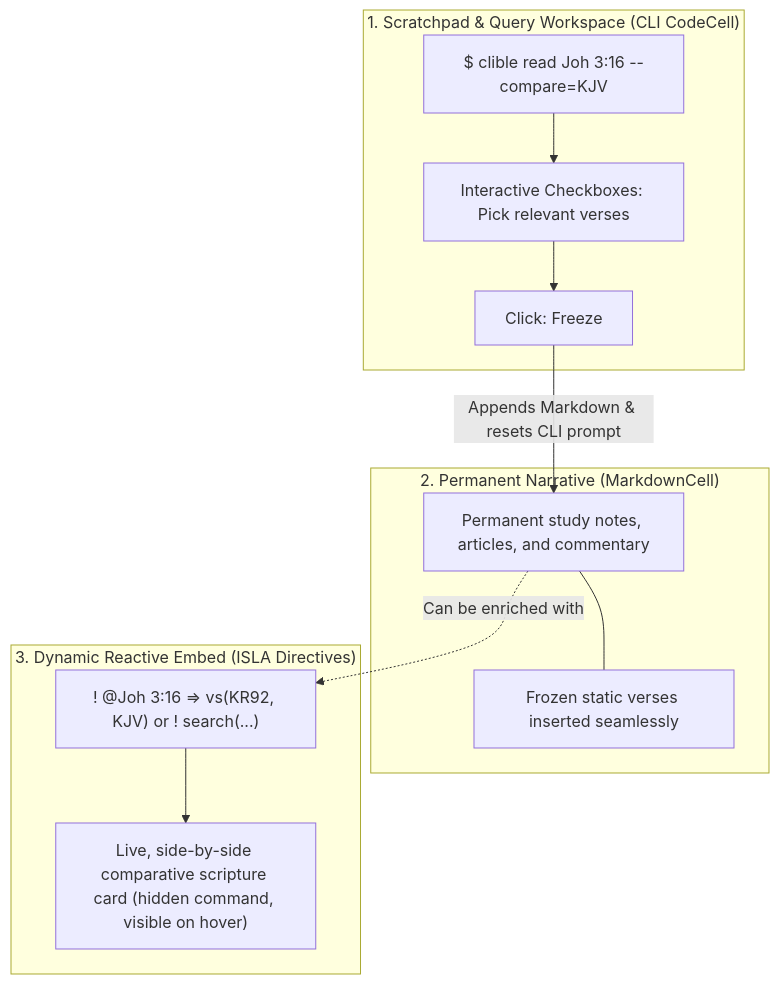
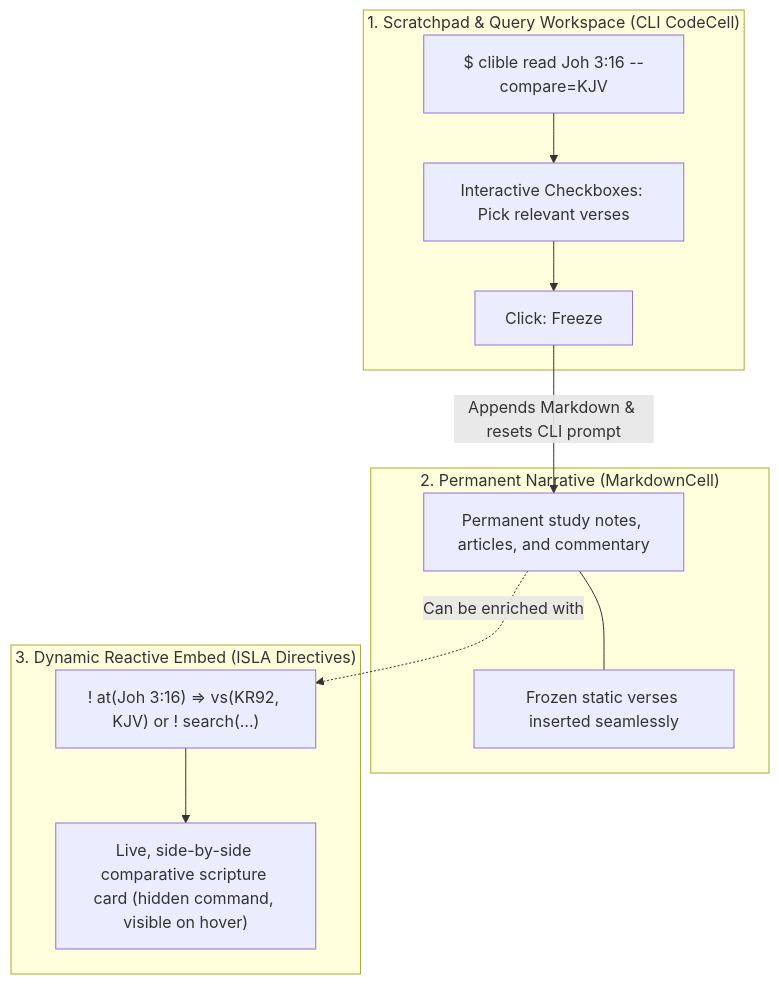
The diagram in docs/guide/isla-guide.md (mvirtai/clible-v3-go), drawn with Mermaid before and after one commit. The commit also changed other lines of this file and 11 other files, not shown here.

````diff
--- a/docs/guide/isla-guide.md
+++ b/docs/guide/isla-guide.md
@@ -23,24 +23,24 @@
 ```mermaid
 flowchart TD
     subgraph Layer1 ["1. Scratchpad & Query Workspace (CLI CodeCell)"]
         CLI["$ clible read Joh 3:16 --compare=KJV"]
         CHECK["Interactive Checkboxes: Pick relevant verses"]
         FREEZE["Click: Freeze"]
         CLI --> CHECK --> FREEZE
     end
 
     subgraph Layer2 ["2. Permanent Narrative (MarkdownCell)"]
         NARRATIVE["Permanent study notes, articles, and commentary"]
         FROZEN["Frozen static verses inserted seamlessly"]
         NARRATIVE --- FROZEN
     end
 
     subgraph Layer3 ["3. Dynamic Reactive Embed (ISLA Directives)"]
-        EMBED["! @Joh 3:16 => vs(KR92, KJV) or ! search(...)"]
+        EMBED["! at(Joh 3:16) => vs(KR92, KJV) or ! search(...)"]
         LIVE["Live, side-by-side comparative scripture card (hidden command, visible on hover)"]
         EMBED --> LIVE
     end
 
     FREEZE -->|"Appends Markdown & resets CLI prompt"| NARRATIVE
     NARRATIVE -.->|"Can be enriched with"| EMBED
 ```
````
